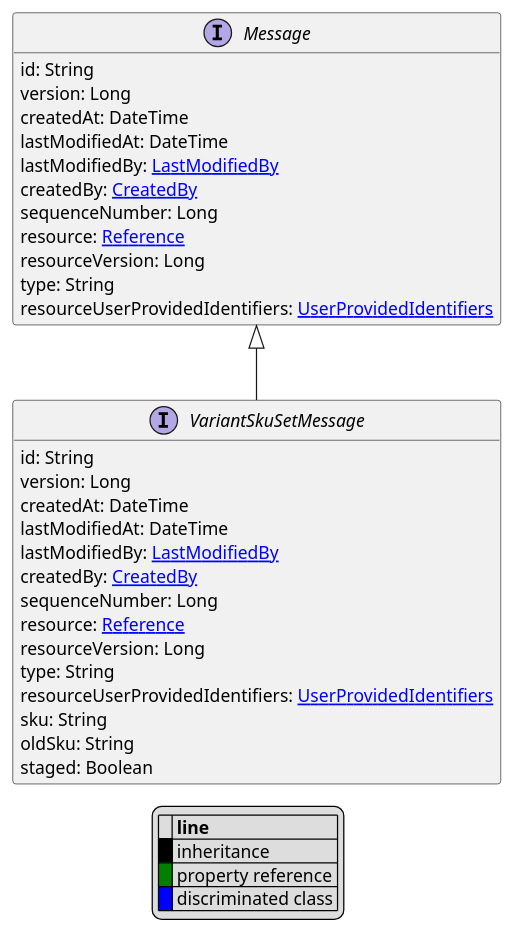
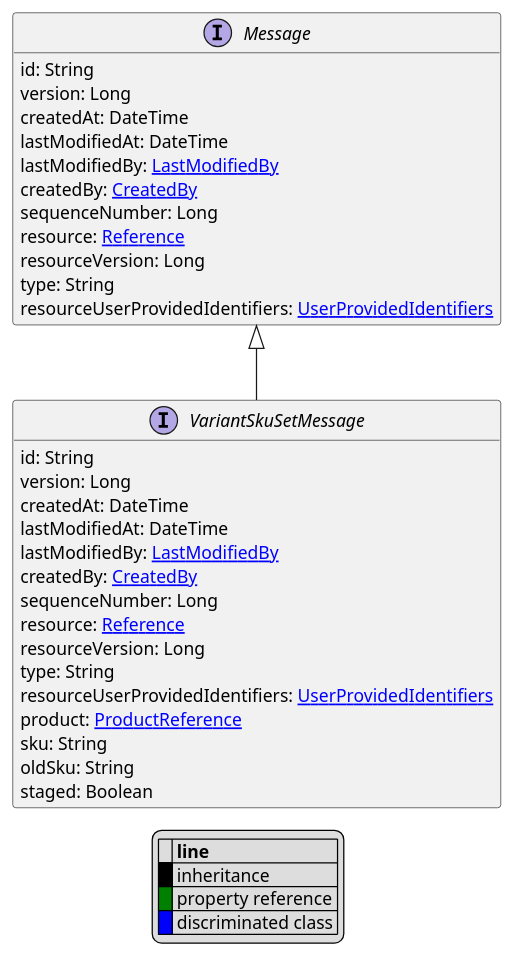
One commit to commercetools/commercetools-api-reference changed the diagram in uml/api/VariantSkuSetMessage.puml. Above: the diagram before and after it, drawn with PlantUML. The commit also changed 46 other files, not shown here.

```diff
--- a/uml/api/VariantSkuSetMessage.puml
+++ b/uml/api/VariantSkuSetMessage.puml
@@ -1,45 +1,46 @@
 @startuml
 
 hide empty fields
 hide empty methods
 legend
 |= |= line |
 |<back:black>   </back>| inheritance |
 |<back:green>   </back>| property reference |
 |<back:blue>   </back>| discriminated class |
 endlegend
 interface VariantSkuSetMessage [[VariantSkuSetMessage.svg]] extends Message {
     id: String
     version: Long
     createdAt: DateTime
     lastModifiedAt: DateTime
     lastModifiedBy: [[LastModifiedBy.svg LastModifiedBy]]
     createdBy: [[CreatedBy.svg CreatedBy]]
     sequenceNumber: Long
     resource: [[Reference.svg Reference]]
     resourceVersion: Long
     type: String
     resourceUserProvidedIdentifiers: [[UserProvidedIdentifiers.svg UserProvidedIdentifiers]]
+    product: [[ProductReference.svg ProductReference]]
     sku: String
     oldSku: String
     staged: Boolean
 }
 interface Message [[Message.svg]]  {
     id: String
     version: Long
     createdAt: DateTime
     lastModifiedAt: DateTime
     lastModifiedBy: [[LastModifiedBy.svg LastModifiedBy]]
     createdBy: [[CreatedBy.svg CreatedBy]]
     sequenceNumber: Long
     resource: [[Reference.svg Reference]]
     resourceVersion: Long
     type: String
     resourceUserProvidedIdentifiers: [[UserProvidedIdentifiers.svg UserProvidedIdentifiers]]
 }
 
 
 
 
 
 @enduml
```
